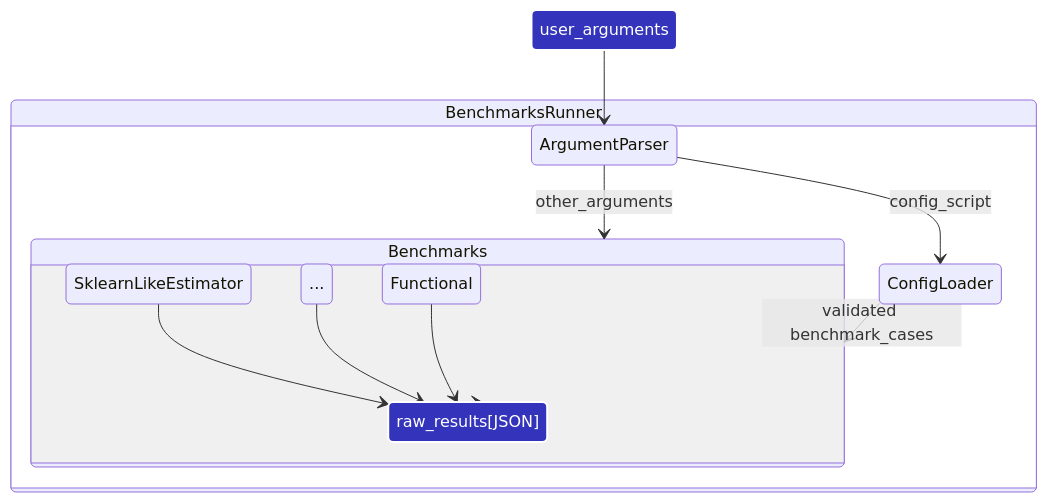
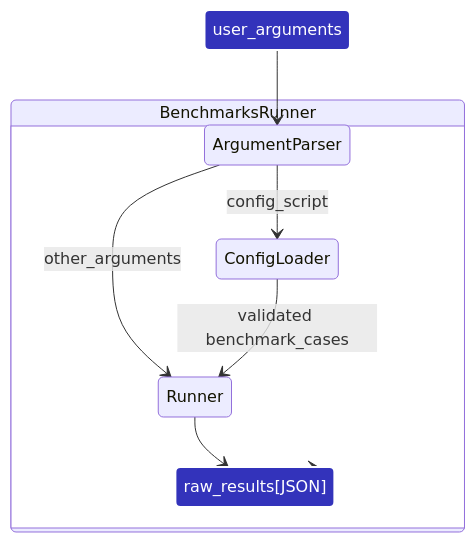
Before and after one commit to cakedev0/scikit-learn_bench: the diagram in docs/README.md, drawn with Mermaid. The commit also changed other lines of this file and 19 other files, not shown here.

````diff
--- a/docs/README.md
+++ b/docs/README.md
@@ -11,19 +11,14 @@
 ```mermaid
 stateDiagram-v2
     classDef inputOutput fill:#33b,color:white,stroke-width:2px,stroke:white;
 
     user_arguments:::inputOutput --> ArgumentParser
     BenchmarksRunner --> raw_results[JSON]:::inputOutput
 
     state BenchmarksRunner {
         ArgumentParser --> ConfigLoader: config_script
-        ArgumentParser --> Benchmarks: other_arguments
-        ConfigLoader --> Benchmarks: validated benchmark_cases
-
-        state Benchmarks {
-            SklearnLikeEstimator --> raw_results[JSON]
-            ... --> raw_results[JSON]
-            Functional --> raw_results[JSON]
-        }
+        ArgumentParser --> Runner: other_arguments
+        ConfigLoader --> Runner: validated benchmark_cases
+        Runner --> raw_results[JSON]
     }
 ```
````
